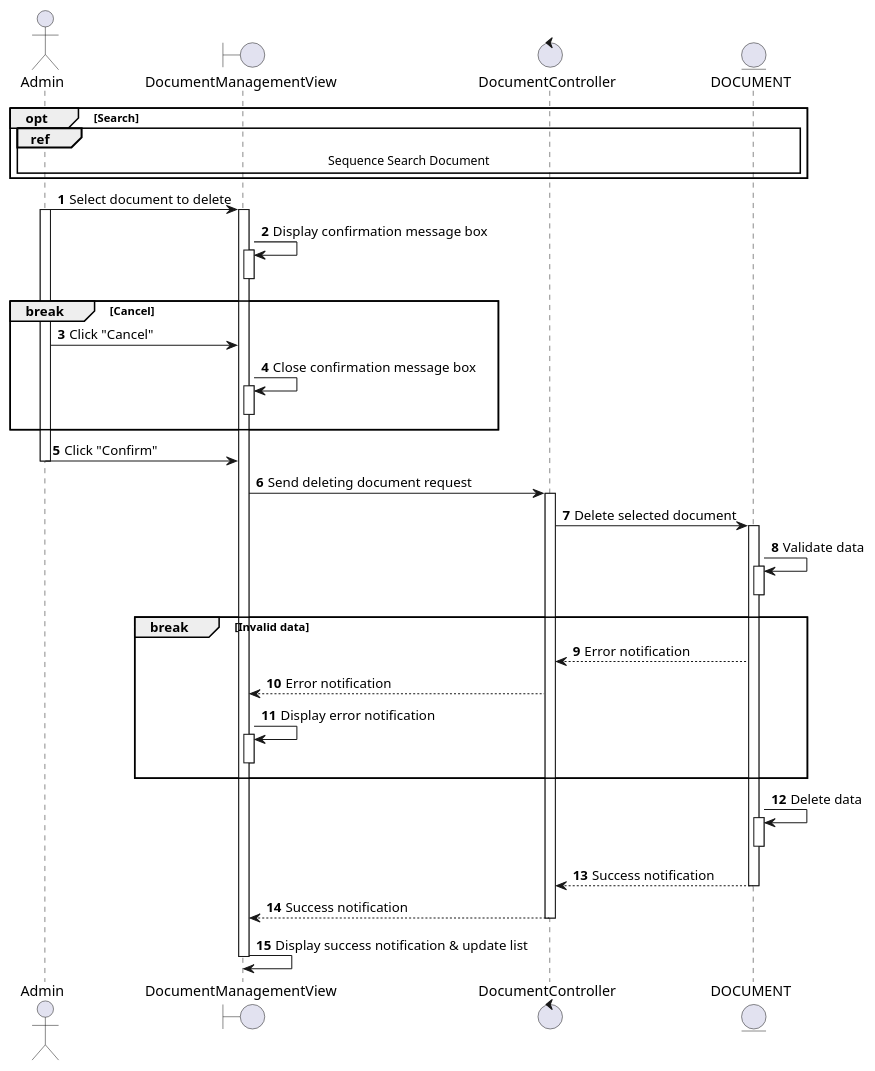
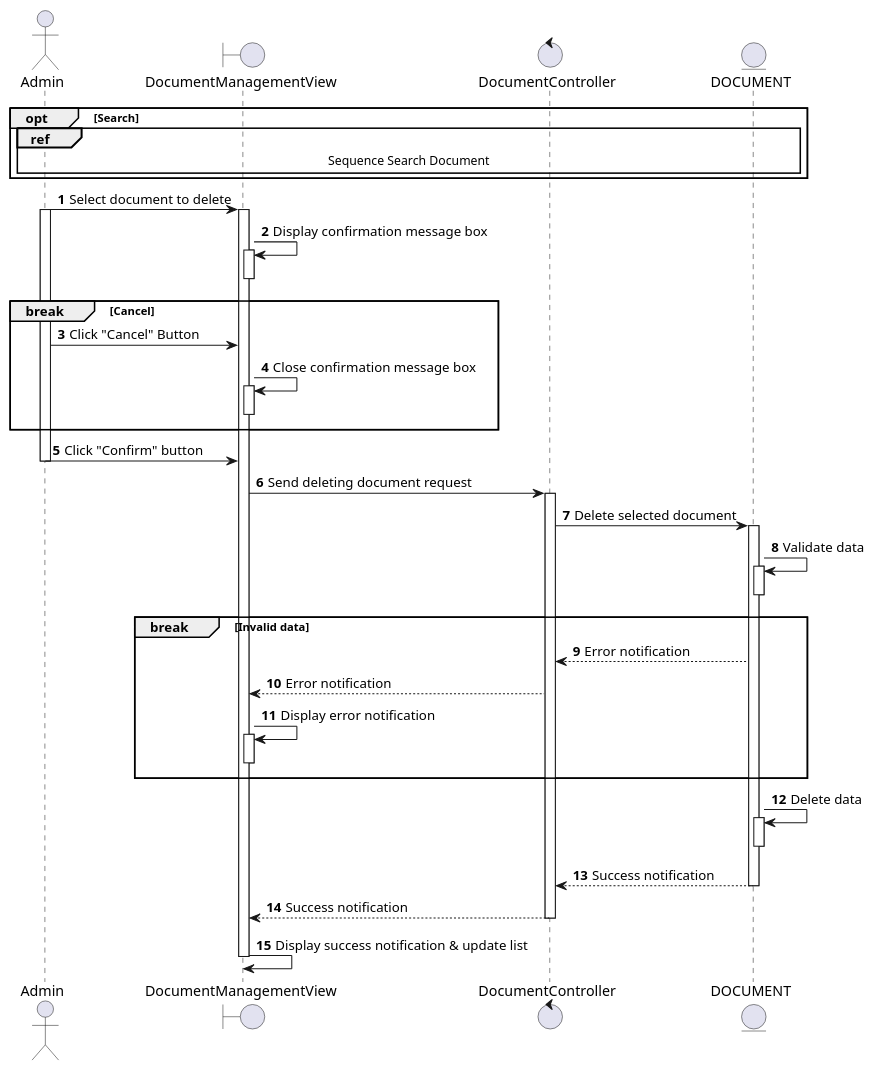
One commit to electricilies/electricilies.github.io changed the diagram in docs/docs/sequence/adjust-document/delete-document.md. Above: the diagram before and after it, drawn with PlantUML. The commit also changed 12 other files, not shown here.

````diff
--- a/docs/docs/sequence/adjust-document/delete-document.md
+++ b/docs/docs/sequence/adjust-document/delete-document.md
@@ -3,53 +3,53 @@
 ```plantuml
 @startuml
 autonumber
 
 actor Admin as A
 boundary DocumentManagementView as DMV
 control DocumentController as DC
 entity DOCUMENT as D
 
 opt Search
   ref over A, D: Sequence Search Document
 end
 A -> DMV: Select document to delete
 activate A
 activate DMV
 DMV -> DMV: Display confirmation message box
 activate DMV
 deactivate DMV
 break Cancel
-  A -> DMV: Click "Cancel"
+  A -> DMV: Click "Cancel" Button
   DMV -> DMV: Close confirmation message box
   activate DMV
   deactivate DMV
 end
-A -> DMV: Click "Confirm"
+A -> DMV: Click "Confirm" button
 deactivate A
 DMV -> DC: Send deleting document request
 activate DC
 DC -> D: Delete selected document
 activate D
 D -> D: Validate data
 activate D
 deactivate D
 break Invalid data
   DC <-- D: Error notification
   DMV <-- DC: Error notification
   DMV -> DMV: Display error notification
   activate DMV
   deactivate DMV
 end
 D -> D: Delete data
 activate D
 deactivate D
 DC <-- D: Success notification
 deactivate D
 DMV <-- DC: Success notification
 deactivate DC
 DMV -> DMV: Display success notification & update list
 deactivate DMV
 deactivate A
 
 @enduml
 ```
````
